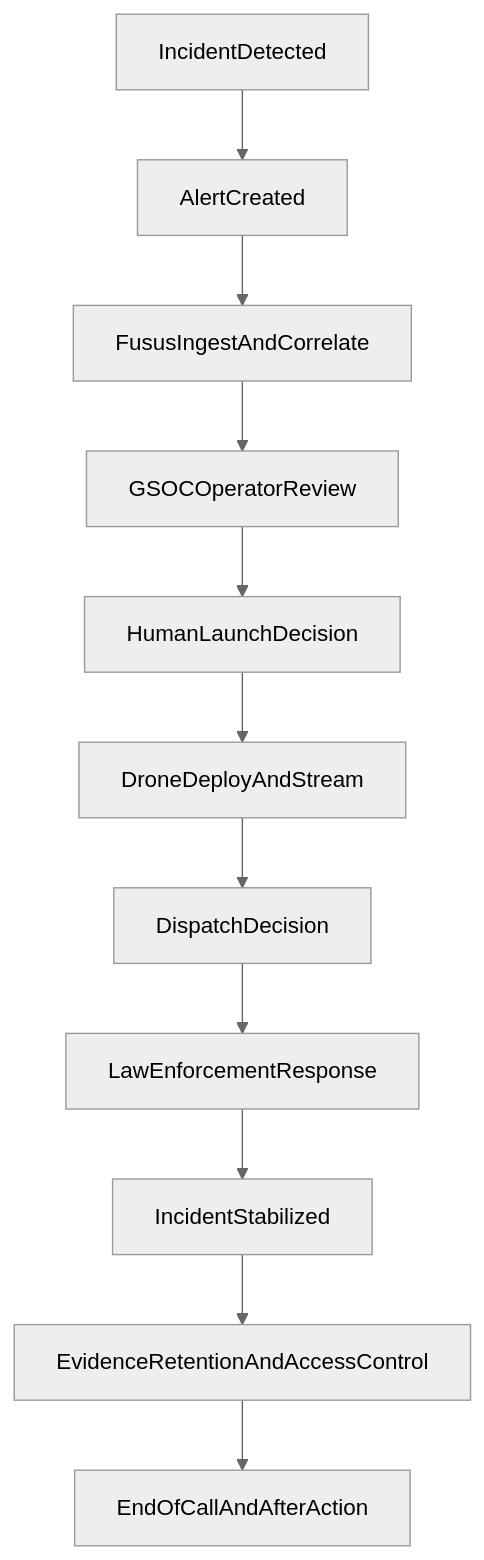
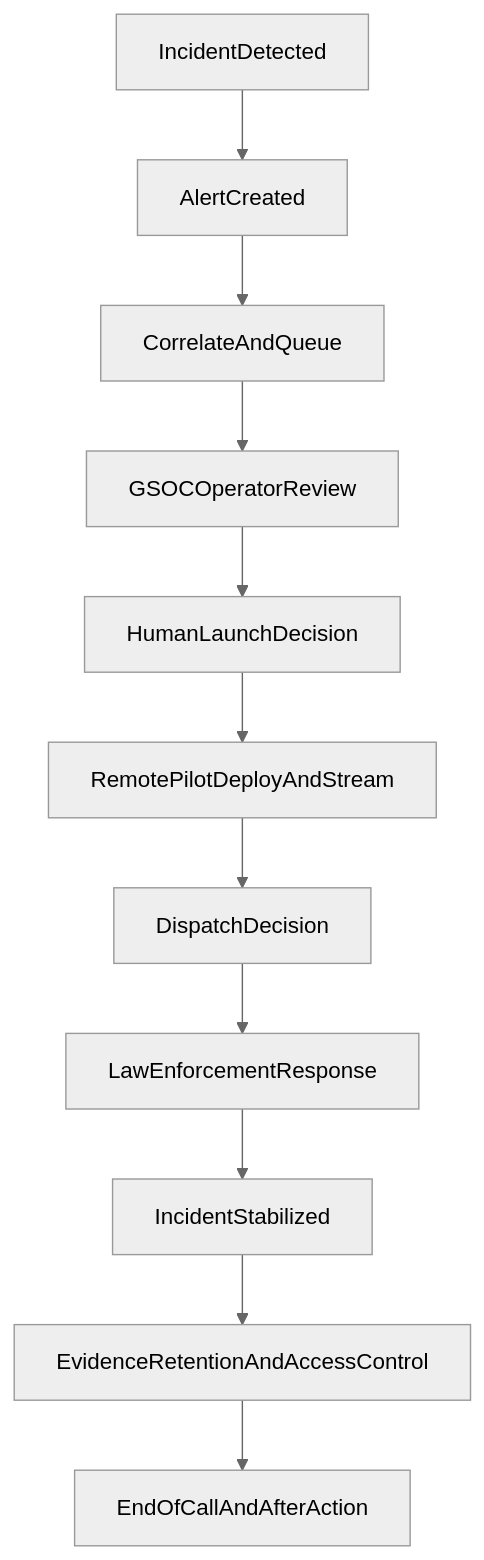
Before and after one commit to drakesmithwork-crypto/thor-pmm-campaign: the diagram in docs/06-conops/incident-to-end-of-call-conops.md, drawn with Mermaid (neutral theme). The commit also changed other lines of this file and 6 other files, not shown here.

First line of the commit message:
Rescope docs and site to remote-pilot-first workflow

````diff
--- a/docs/06-conops/incident-to-end-of-call-conops.md
+++ b/docs/06-conops/incident-to-end-of-call-conops.md
@@ -112,13 +118,13 @@
 ```mermaid
 flowchart TD
 incidentDetected[IncidentDetected] --> alertCreated[AlertCreated]
-alertCreated --> fususIngest[FususIngestAndCorrelate]
-fususIngest --> gsocReview[GSOCOperatorReview]
+alertCreated --> correlate[CorrelateAndQueue]
+correlate --> gsocReview[GSOCOperatorReview]
 gsocReview --> launchDecision[HumanLaunchDecision]
-launchDecision --> droneDeploy[DroneDeployAndStream]
+launchDecision --> droneDeploy[RemotePilotDeployAndStream]
 droneDeploy --> dispatchDecision[DispatchDecision]
 dispatchDecision --> lawResponse[LawEnforcementResponse]
 lawResponse --> incidentStabilized[IncidentStabilized]
 incidentStabilized --> evidenceWorkflow[EvidenceRetentionAndAccessControl]
 evidenceWorkflow --> caseClosure[EndOfCallAndAfterAction]
 ```
````
